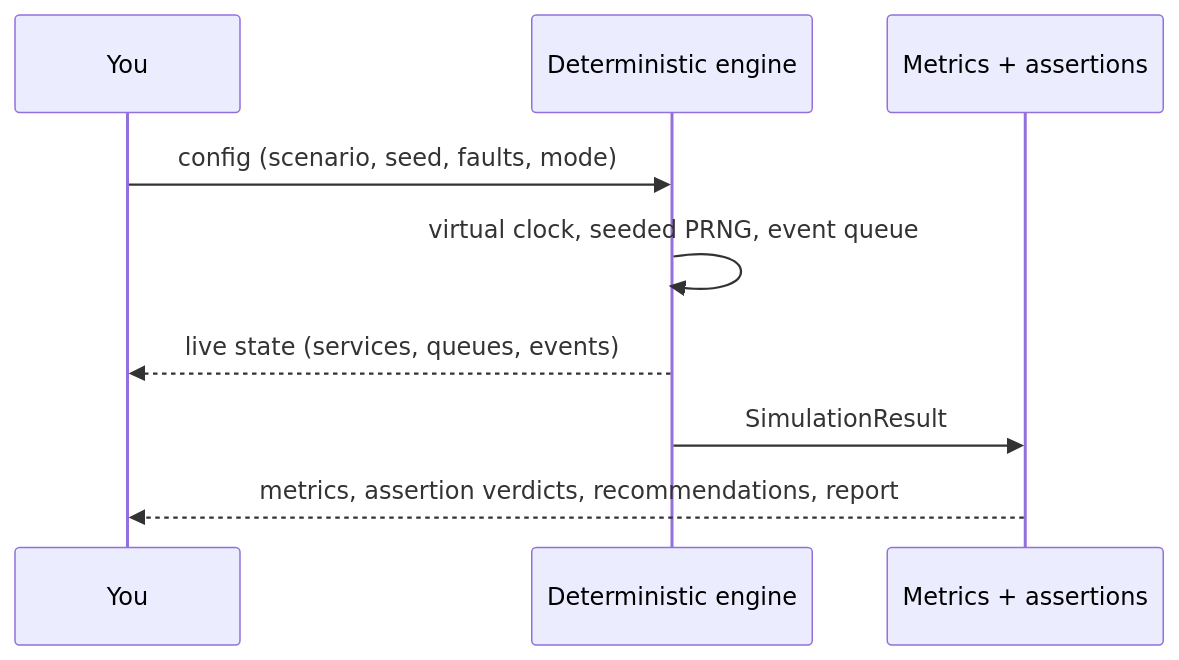
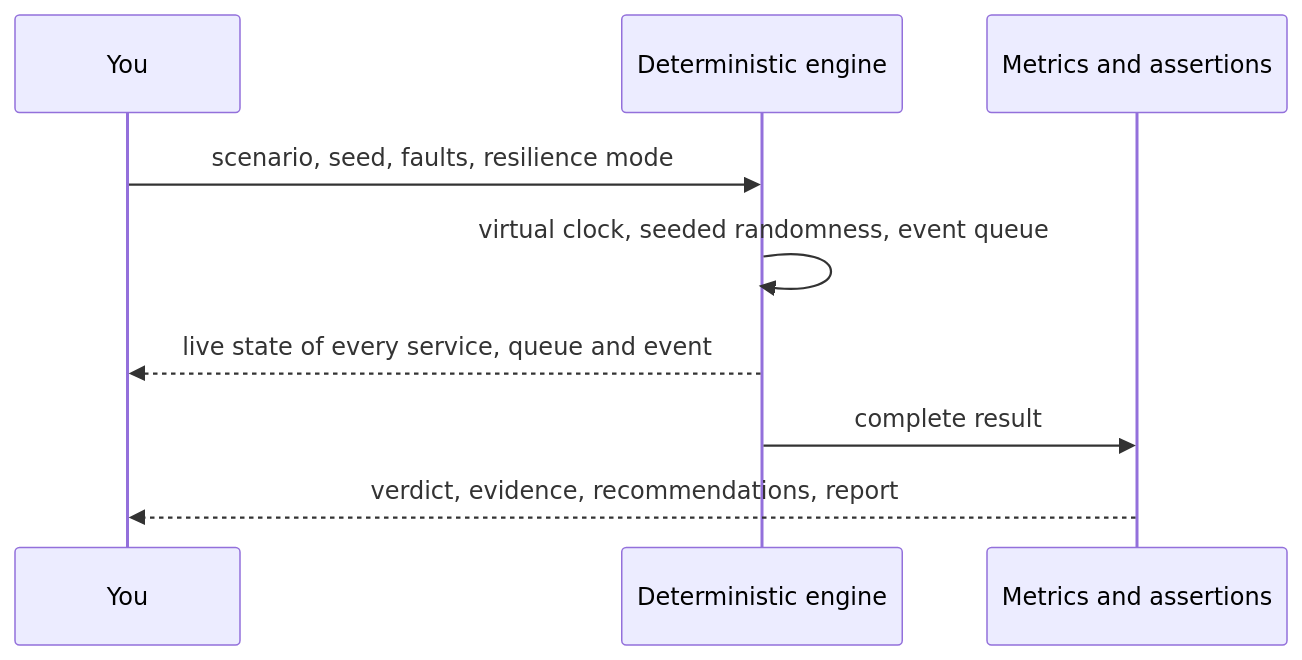
One commit to batool-fariha/carechaos changed the second of 2 diagrams in README.md. Above: the diagram before and after it, drawn with Mermaid. The commit also changed other lines of this file and 32 other files, not shown here.

````diff
--- a/README.md
+++ b/README.md
@@ -32,11 +57,11 @@
 ```mermaid
 sequenceDiagram
   participant You
   participant Engine as Deterministic engine
-  participant Eval as Metrics + assertions
-  You->>Engine: config (scenario, seed, faults, mode)
-  Engine->>Engine: virtual clock, seeded PRNG, event queue
-  Engine-->>You: live state (services, queues, events)
-  Engine->>Eval: SimulationResult
-  Eval-->>You: metrics, assertion verdicts, recommendations, report
+  participant Eval as Metrics and assertions
+  You->>Engine: scenario, seed, faults, resilience mode
+  Engine->>Engine: virtual clock, seeded randomness, event queue
+  Engine-->>You: live state of every service, queue and event
+  Engine->>Eval: complete result
+  Eval-->>You: verdict, evidence, recommendations, report
 ```
````
